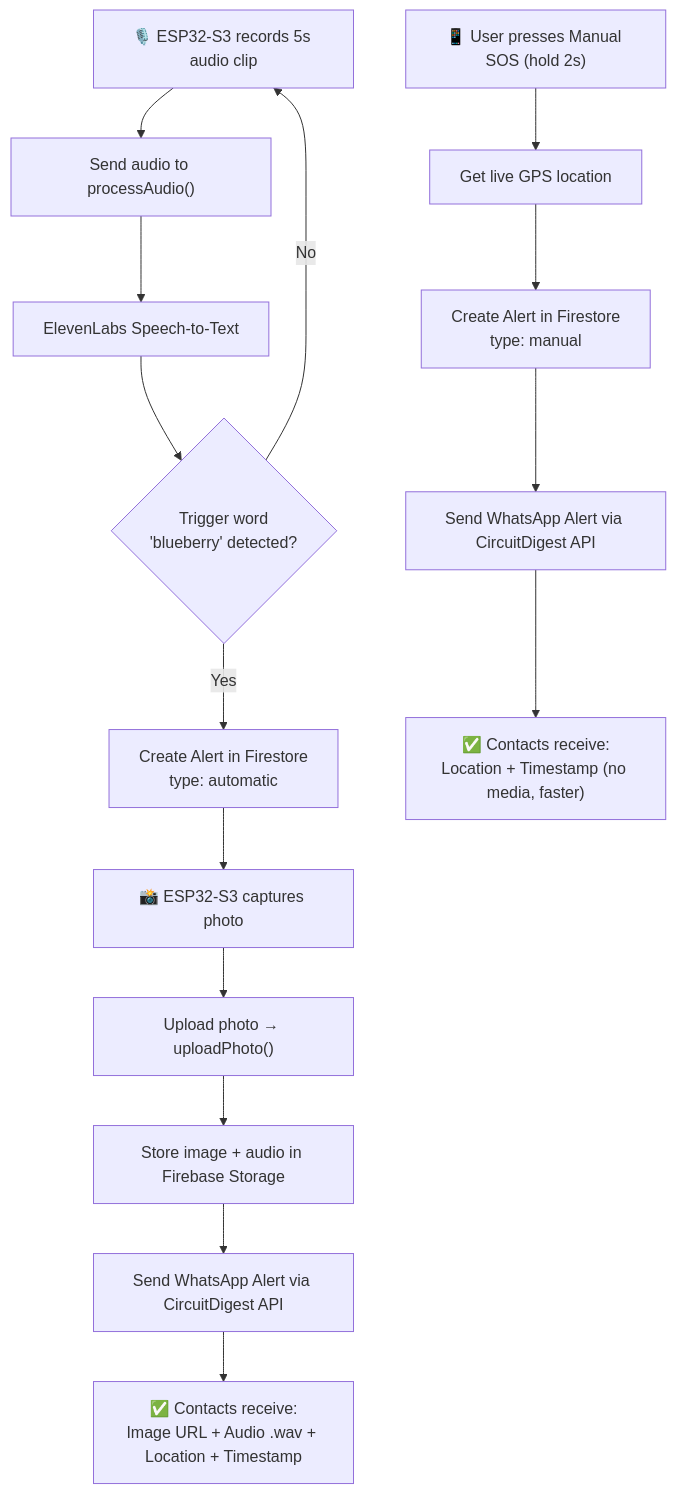
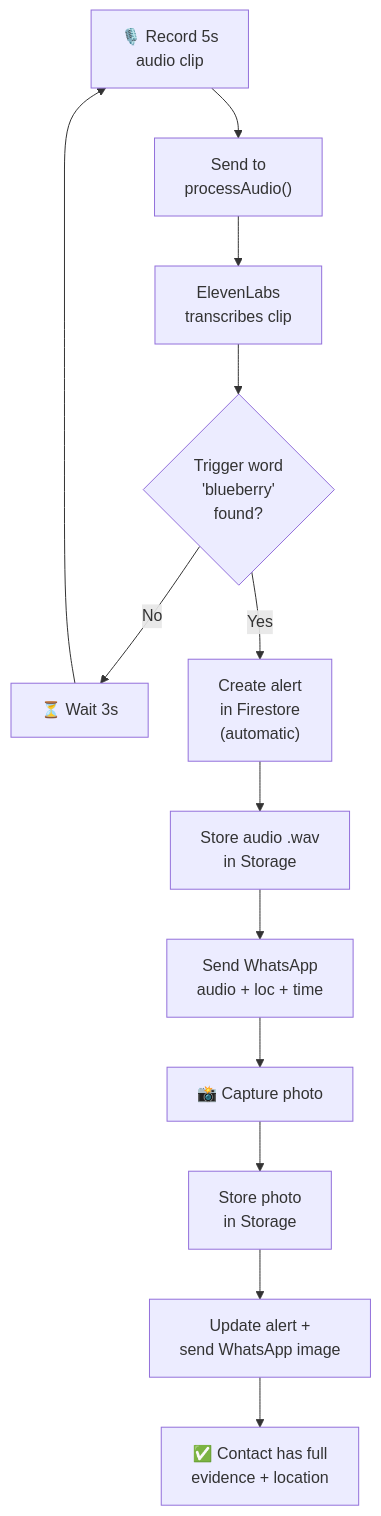
One commit to SubashreeT24/SheAlert changed the second of 3 diagrams in README.md. Above: the diagram before and after it, drawn with Mermaid. The commit also changed other lines of this file, not shown here.

First line of the commit message:
Improve README clarity on alert modes and components

````diff
--- a/README.md
+++ b/README.md
@@ -109,18 +114,15 @@
 ```mermaid
+%%{init: {"flowchart": {"nodeSpacing": 40, "rankSpacing": 50, "htmlLabels": true}}}%%
 flowchart TD
-    A["🎙️ ESP32-S3 records 5s audio clip"] --> B["Send audio to processAudio()"]
-    B --> C["ElevenLabs Speech-to-Text"]
-    C --> D{"Trigger word<br/>'blueberry' detected?"}
-    D -- No --> A
-    D -- Yes --> E["Create Alert in Firestore<br/>type: automatic"]
-    E --> F["📸 ESP32-S3 captures photo"]
-    F --> G["Upload photo → uploadPhoto()"]
-    G --> H["Store image + audio in Firebase Storage"]
-    H --> I["Send WhatsApp Alert via CircuitDigest API"]
-    I --> J["✅ Contacts receive:<br/>Image URL + Audio .wav + Location + Timestamp"]
-
-    K["📱 User presses Manual SOS (hold 2s)"] --> L["Get live GPS location"]
-    L --> M["Create Alert in Firestore<br/>type: manual"]
-    M --> N["Send WhatsApp Alert via CircuitDigest API"]
-    N --> O["✅ Contacts receive:<br/>Location + Timestamp (no media, faster)"]
+    A["🎙️ Record 5s<br/>audio clip"] --> B["Send to<br/>processAudio()"]
+    B --> C["ElevenLabs<br/>transcribes clip"]
+    C --> D{"Trigger word<br/>'blueberry'<br/>found?"}
+    D -- No --> W["⏳ Wait 3s"] --> A
+    D -- Yes --> E["Create alert<br/>in Firestore<br/>(automatic)"]
+    E --> F["Store audio .wav<br/>in Storage"]
+    F --> G["Send WhatsApp<br/>audio + loc + time"]
+    G --> H["📸 Capture photo"]
+    H --> I["Store photo<br/>in Storage"]
+    I --> J["Update alert +<br/>send WhatsApp image"]
+    J --> K["✅ Contact has full<br/>evidence + location"]
 ```
````
